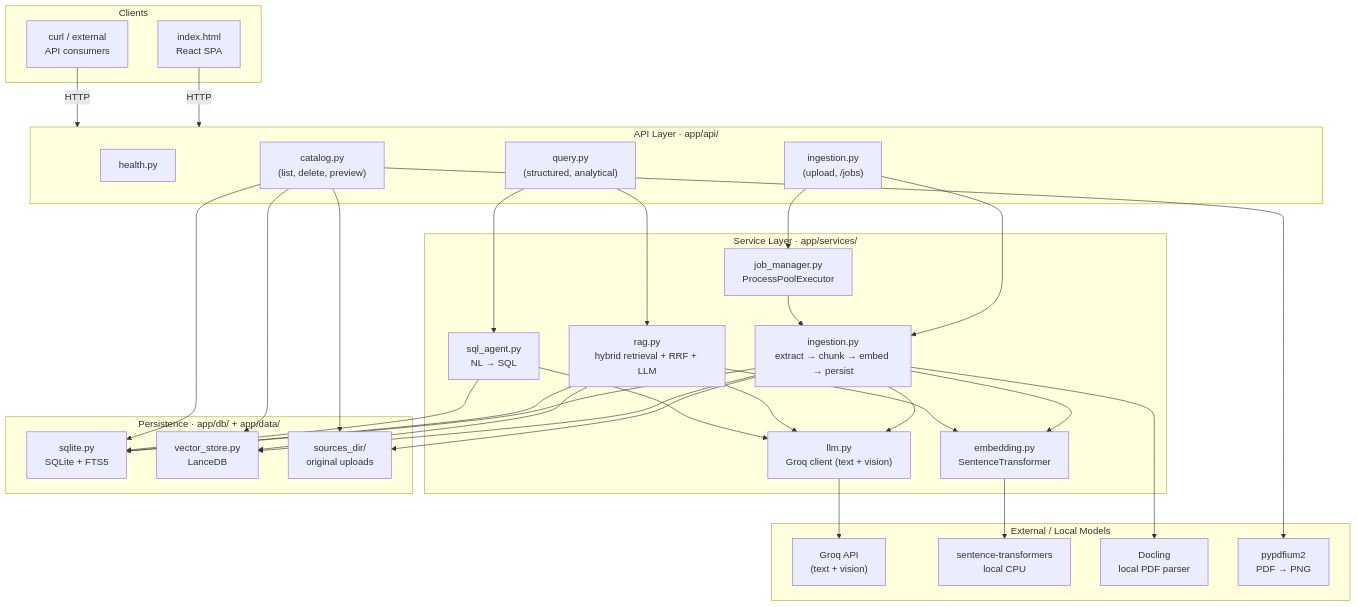
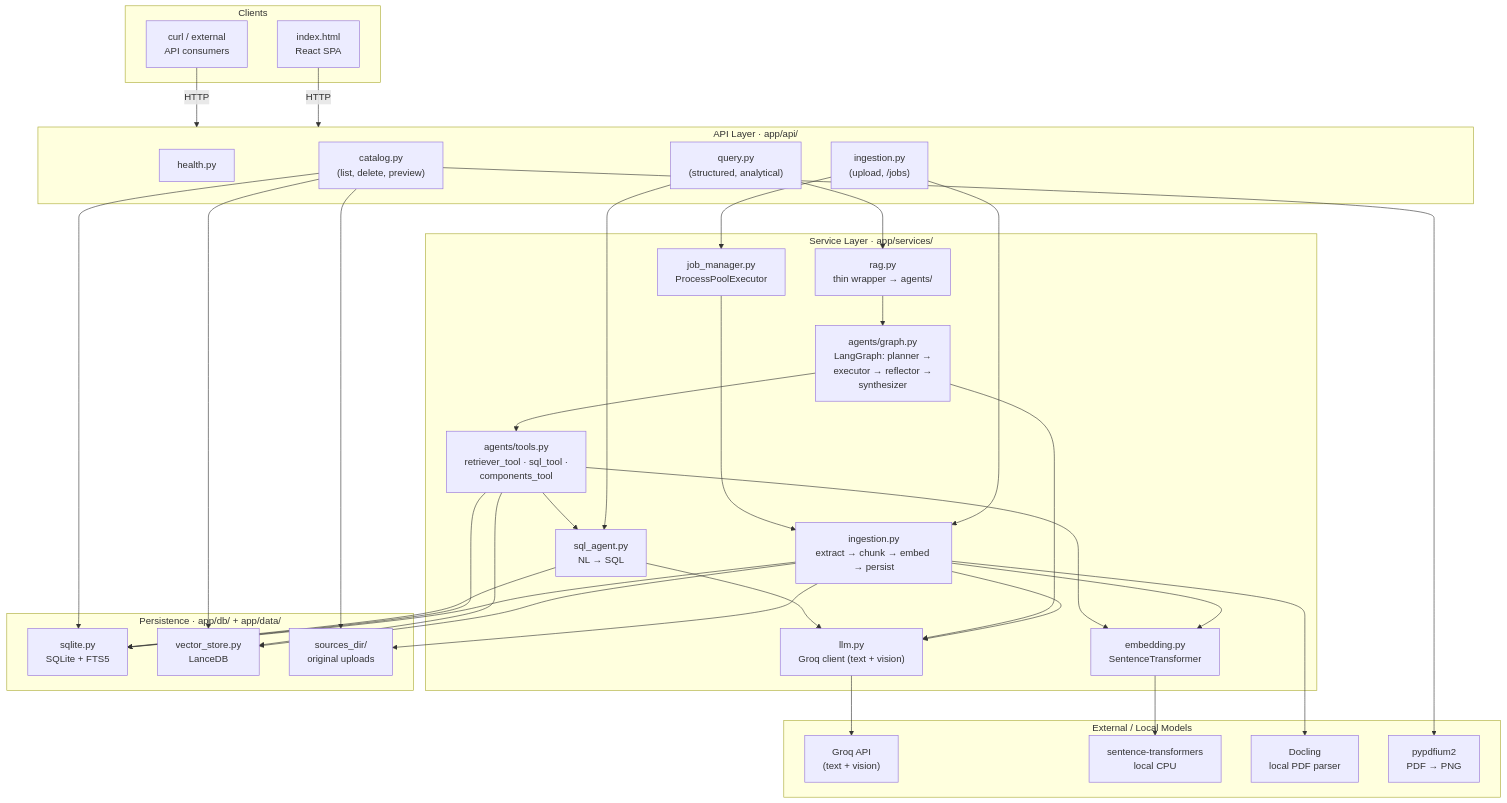
One commit to iaakashRoy/kearney_assignment changed the first of 9 diagrams in architecture.md. Above: the diagram before and after it, drawn with Mermaid. The commit also changed other lines of this file and 9 other files, not shown here.

````diff
--- a/architecture.md
+++ b/architecture.md
@@ -19,62 +19,67 @@
 ```mermaid
 graph TB
     subgraph Client["Clients"]
         UI["index.html<br/>React SPA"]
         EXT["curl / external<br/>API consumers"]
     end
 
     subgraph API["API Layer · app/api/"]
         H["health.py"]
         ING["ingestion.py<br/>(upload, /jobs)"]
         QRY["query.py<br/>(structured, analytical)"]
         CAT["catalog.py<br/>(list, delete, preview)"]
     end
 
     subgraph Services["Service Layer · app/services/"]
         IS["ingestion.py<br/>extract → chunk → embed → persist"]
         JM["job_manager.py<br/>ProcessPoolExecutor"]
-        RA["rag.py<br/>hybrid retrieval + RRF + LLM"]
+        RA["rag.py<br/>thin wrapper → agents/"]
+        AG["agents/graph.py<br/>LangGraph: planner →<br/>executor → reflector →<br/>synthesizer"]
+        TL["agents/tools.py<br/>retriever_tool · sql_tool ·<br/>components_tool"]
         SA["sql_agent.py<br/>NL → SQL"]
         LLM["llm.py<br/>Groq client (text + vision)"]
         EMB["embedding.py<br/>SentenceTransformer"]
     end
 
     subgraph Storage["Persistence · app/db/ + app/data/"]
         SQ["sqlite.py<br/>SQLite + FTS5"]
         VS["vector_store.py<br/>LanceDB"]
         FS["sources_dir/<br/>original uploads"]
     end
 
     subgraph External["External / Local Models"]
         GROQ["Groq API<br/>(text + vision)"]
         ST["sentence-transformers<br/>local CPU"]
         DL["Docling<br/>local PDF parser"]
         PD["pypdfium2<br/>PDF → PNG"]
     end
 
     UI -->|HTTP| API
     EXT -->|HTTP| API
     ING --> IS
     ING --> JM
     JM --> IS
     QRY --> RA
     QRY --> SA
     CAT --> SQ
     CAT --> VS
     CAT --> FS
     CAT --> PD
     IS --> LLM
     IS --> EMB
     IS --> SQ
     IS --> VS
     IS --> FS
     IS --> DL
-    RA --> EMB
-    RA --> VS
-    RA --> SQ
-    RA --> LLM
+    RA --> AG
+    AG --> TL
+    AG --> LLM
+    TL --> EMB
+    TL --> VS
+    TL --> SQ
+    TL --> SA
     SA --> SQ
     SA --> LLM
     LLM --> GROQ
     EMB --> ST
 ```
````
